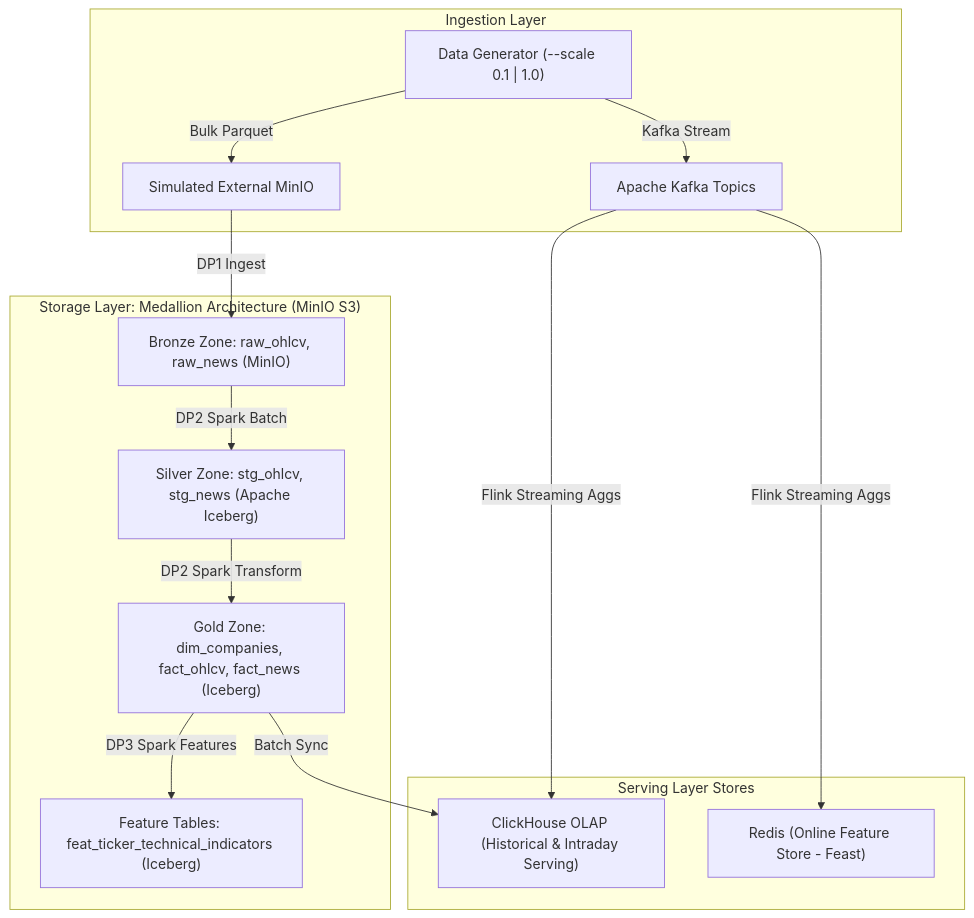
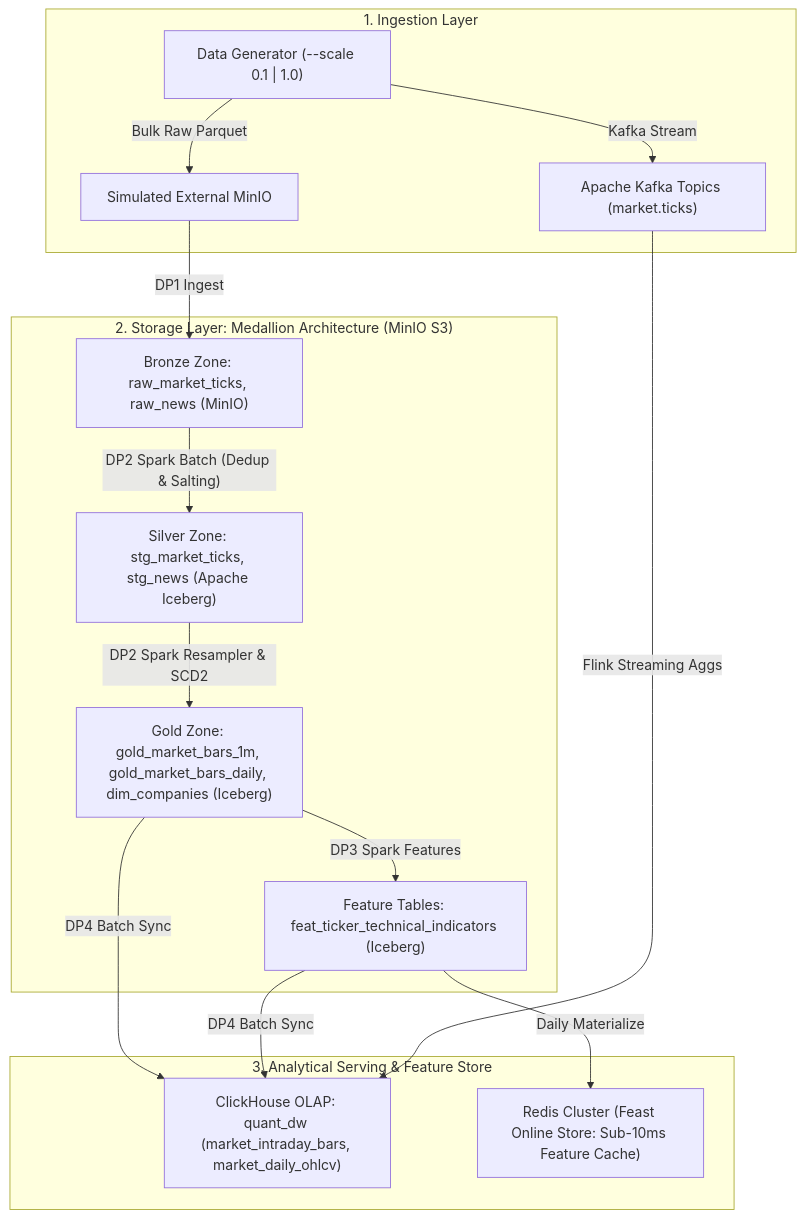
Before and after one commit to LongDeutsch/edai_quant_k11: the diagram in domain/quant/01_data_platform.md, drawn with Mermaid. The commit also changed 96 other files, not shown here.

````diff
--- a/domain/quant/01_data_platform.md
+++ b/domain/quant/01_data_platform.md
@@ -114,20 +114,21 @@
 ```mermaid
 flowchart TD
-    subgraph Ingestion["Ingestion Layer"]
-        Gen["Data Generator (--scale 0.1 | 1.0)"] -->|"Bulk Parquet"| ExtMinIO["Simulated External MinIO"]
-        Gen -->|"Kafka Stream"| Kafka["Apache Kafka Topics"]
+    subgraph Ingestion["1. Ingestion Layer"]
+        Gen["Data Generator (--scale 0.1 | 1.0)"] -->|"Bulk Raw Parquet"| ExtMinIO["Simulated External MinIO"]
+        Gen -->|"Kafka Stream"| Kafka["Apache Kafka Topics (market.ticks)"]
     end
 
-    subgraph Lakehouse["Storage Layer: Medallion Architecture (MinIO S3)"]
-        ExtMinIO -->|"DP1 Ingest"| Bronze["Bronze Zone: raw_ohlcv, raw_news (MinIO)"]
-        Bronze -->|"DP2 Spark Batch"| Silver["Silver Zone: stg_ohlcv, stg_news (Apache Iceberg)"]
-        Silver -->|"DP2 Spark Transform"| Gold["Gold Zone: dim_companies, fact_ohlcv, fact_news (Iceberg)"]
+    subgraph Lakehouse["2. Storage Layer: Medallion Architecture (MinIO S3)"]
+        ExtMinIO -->|"DP1 Ingest"| Bronze["Bronze Zone: raw_market_ticks, raw_news (MinIO)"]
+        Bronze -->|"DP2 Spark Batch (Dedup & Salting)"| Silver["Silver Zone: stg_market_ticks, stg_news (Apache Iceberg)"]
+        Silver -->|"DP2 Spark Resampler & SCD2"| Gold["Gold Zone: gold_market_bars_1m, gold_market_bars_daily, dim_companies (Iceberg)"]
         Gold -->|"DP3 Spark Features"| Feat["Feature Tables: feat_ticker_technical_indicators (Iceberg)"]
     end
 
-    subgraph ServingStorage["Serving Layer Stores"]
-        Gold -->|"Batch Sync"| ClickHouse["ClickHouse OLAP (Historical & Intraday Serving)"]
+    subgraph ServingStorage["3. Analytical Serving & Feature Store"]
+        Gold -->|"DP4 Batch Sync"| ClickHouse["ClickHouse OLAP: quant_dw (market_intraday_bars, market_daily_ohlcv)"]
+        Feat -->|"DP4 Batch Sync"| ClickHouse
         Kafka -->|"Flink Streaming Aggs"| ClickHouse
-        Kafka -->|"Flink Streaming Aggs"| Redis["Redis (Online Feature Store - Feast)"]
+        Feat -->|"Daily Materialize"| Redis["Redis Cluster (Feast Online Store: Sub-10ms Feature Cache)"]
     end
 ```
````
